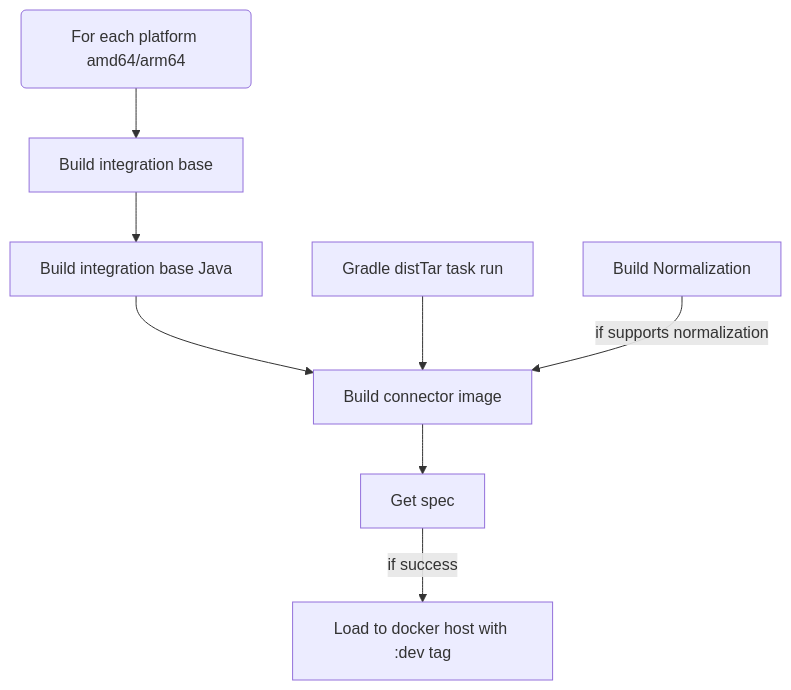
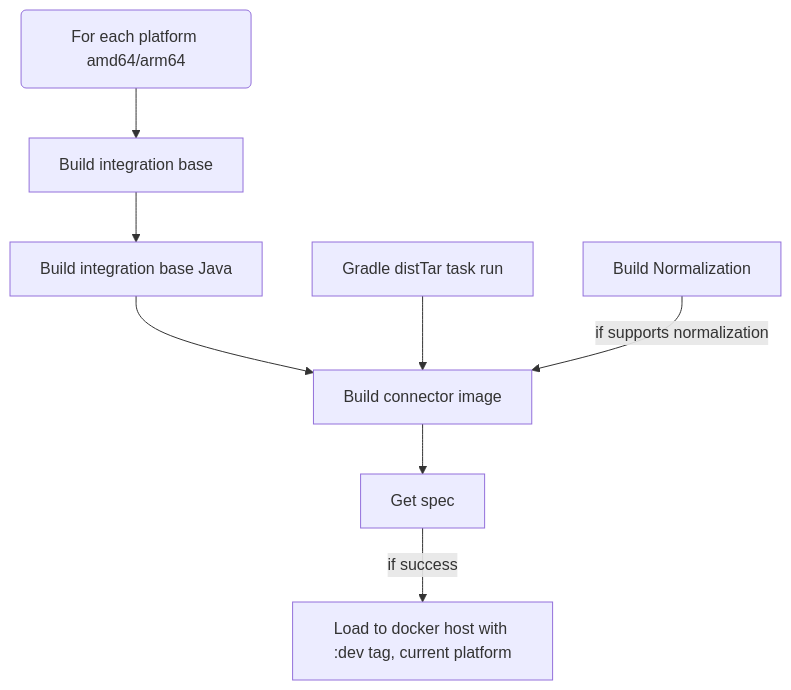
The third of 5 diagrams in airbyte-ci/connectors/pipelines/README.md (airbytehq/airbyte), drawn with Mermaid before and after one commit. The commit also changed other lines of this file and 22 other files, not shown here.

````diff
--- a/airbyte-ci/connectors/pipelines/README.md
+++ b/airbyte-ci/connectors/pipelines/README.md
@@ -286,17 +281,17 @@
 ```mermaid
 flowchart TD
     arch(For each platform amd64/arm64)
     distTar[Gradle distTar task run]
     base[Build integration base]
     java_base[Build integration base Java]
     normalization[Build Normalization]
     connector[Build connector image]
 
     arch-->base-->java_base-->connector
     distTar-->connector
     normalization--"if supports normalization"-->connector
 
-    load[Load to docker host with :dev tag]
+    load[Load to docker host with :dev tag, current platform]
     spec[Get spec]
     connector-->spec--"if success"-->load
 ```
````
